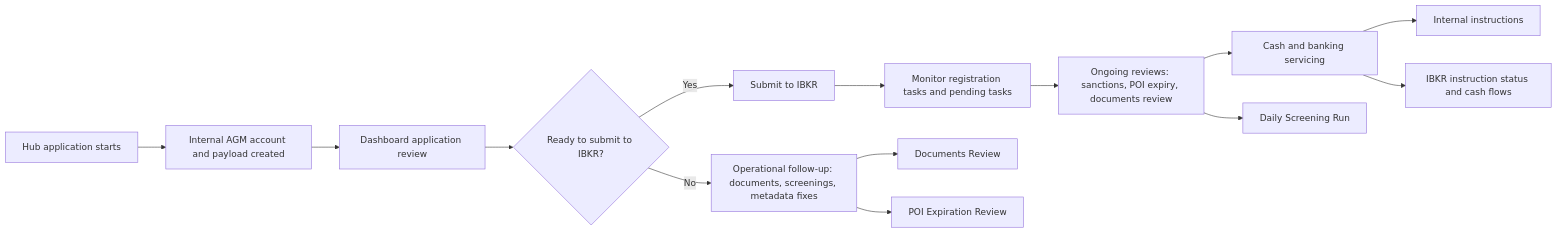
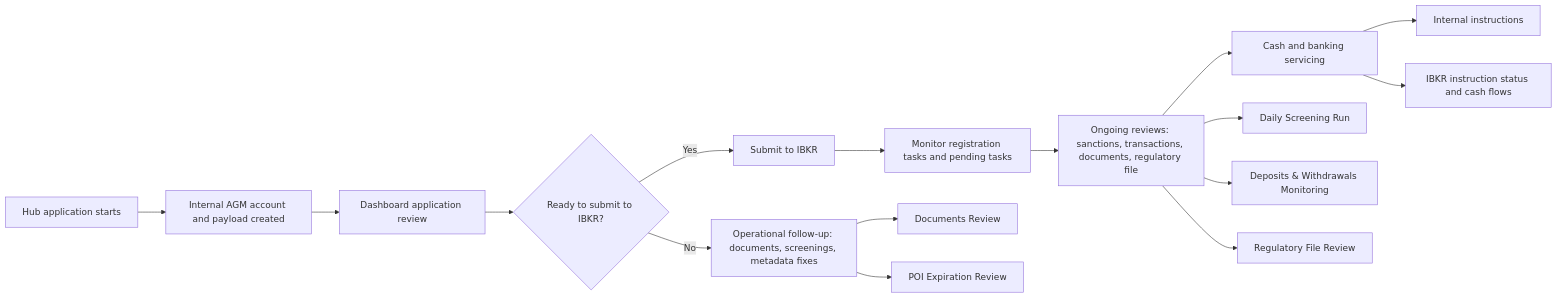
The diagram in processes/README.md (agmtrader/compliance), drawn with Mermaid before and after one commit. The commit also changed other lines of this file and 18 other files, not shown here.

First line of the commit message:
Add compliance processes for reference data refresh, contact screening, deposits and withdrawals monitoring, regulatory file review, fee template review, investment business reporting, compliance manual update notification, and accounts audit review

````diff
--- a/processes/README.md
+++ b/processes/README.md
@@ -21,17 +21,19 @@
 ```mermaid
 flowchart LR
     A["Hub application starts"] --> B["Internal AGM account and payload created"]
     B --> C["Dashboard application review"]
     C --> D{"Ready to submit to IBKR?"}
     D -- "No" --> E["Operational follow-up: documents, screenings, metadata fixes"]
     D -- "Yes" --> F["Submit to IBKR"]
     F --> G["Monitor registration tasks and pending tasks"]
-    G --> H["Ongoing reviews: sanctions, POI expiry, documents review"]
+    G --> H["Ongoing reviews: sanctions, transactions, documents, regulatory file"]
     H --> I["Cash and banking servicing"]
 
     E --> E1["Documents Review"]
     E --> E2["POI Expiration Review"]
     H --> H1["Daily Screening Run"]
+    H --> H2["Deposits & Withdrawals Monitoring"]
+    H --> H3["Regulatory File Review"]
     I --> I1["Internal instructions"]
     I --> I2["IBKR instruction status and cash flows"]
 ```
````
